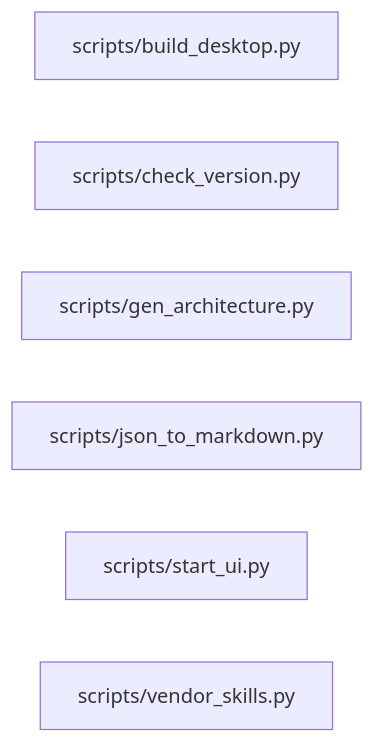
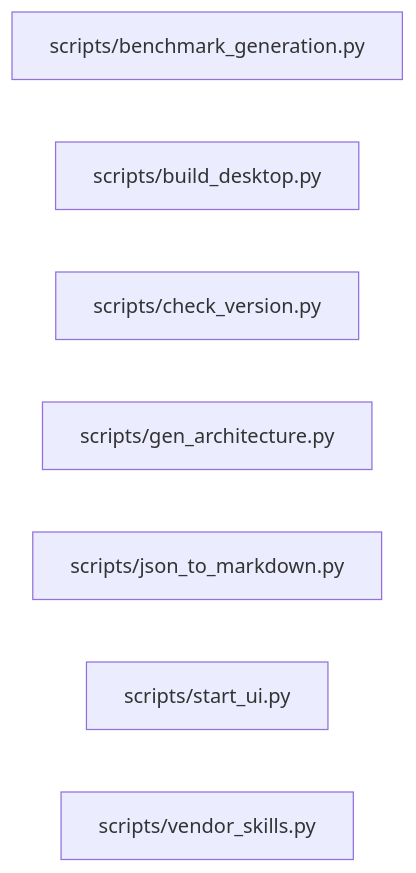
One commit to sarveshtalele/maf-harness-testing changed diagram 16 of 21 in docs/ARCHITECTURE_MAP.md. Above: the diagram before and after it, drawn with Mermaid. The commit also changed other lines of this file and 22 other files, not shown here.

First line of the commit message:
feat(bench): port generation-quality benchmark from #7

````diff
--- a/docs/ARCHITECTURE_MAP.md
+++ b/docs/ARCHITECTURE_MAP.md
@@ -422,9 +423,10 @@
 ```mermaid
 flowchart LR
-  f0["scripts/build_desktop.py"]
-  f1["scripts/check_version.py"]
-  f2["scripts/gen_architecture.py"]
-  f3["scripts/json_to_markdown.py"]
-  f4["scripts/start_ui.py"]
-  f5["scripts/vendor_skills.py"]
+  f0["scripts/benchmark_generation.py"]
+  f1["scripts/build_desktop.py"]
+  f2["scripts/check_version.py"]
+  f3["scripts/gen_architecture.py"]
+  f4["scripts/json_to_markdown.py"]
+  f5["scripts/start_ui.py"]
+  f6["scripts/vendor_skills.py"]
 ```
````
